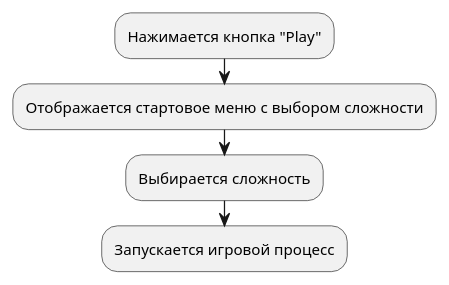
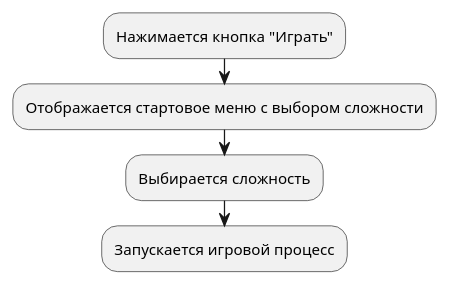
The diagram in docs/2.iuml (DoNik226/software_development), drawn with PlantUML before and after one commit.

```diff
--- a/docs/2.iuml
+++ b/docs/2.iuml
@@ -1,6 +1,6 @@
 @startuml
-:Нажимается кнопка "Play";
+:Нажимается кнопка "Играть";
 :Отображается стартовое меню с выбором сложности;
 :Выбирается сложность;
 :Запускается игровой процесс;
 @enduml
```
